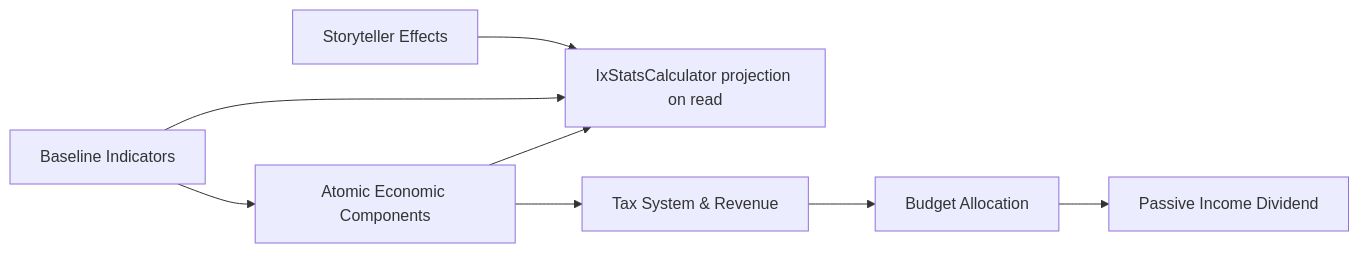
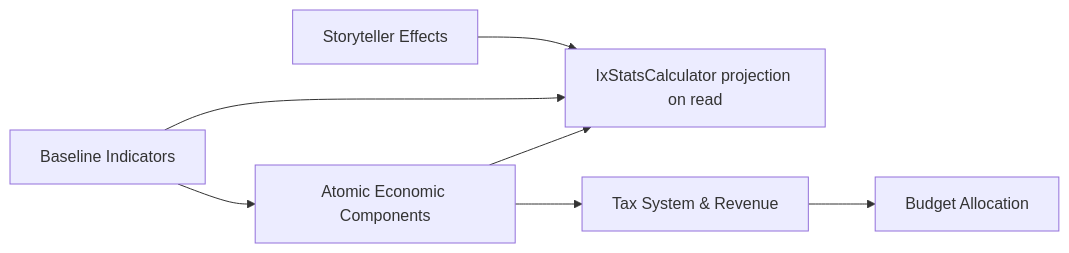
The diagram in docs/systems/economy.md (algolds/ixstats), drawn with Mermaid before and after one commit. The commit also changed other lines of this file and 11 other files, not shown here.

````diff
--- a/docs/systems/economy.md
+++ b/docs/systems/economy.md
@@ -51,10 +51,9 @@
 ```mermaid
 graph LR
     A[Baseline Indicators] --> B[Atomic Economic Components]
     B --> G[IxStatsCalculator projection on read]
     A --> G
     S[Storyteller Effects] --> G
     B --> C[Tax System & Revenue]
     C --> D[Budget Allocation]
-    D --> E[Passive Income Dividend]
 ```
````
